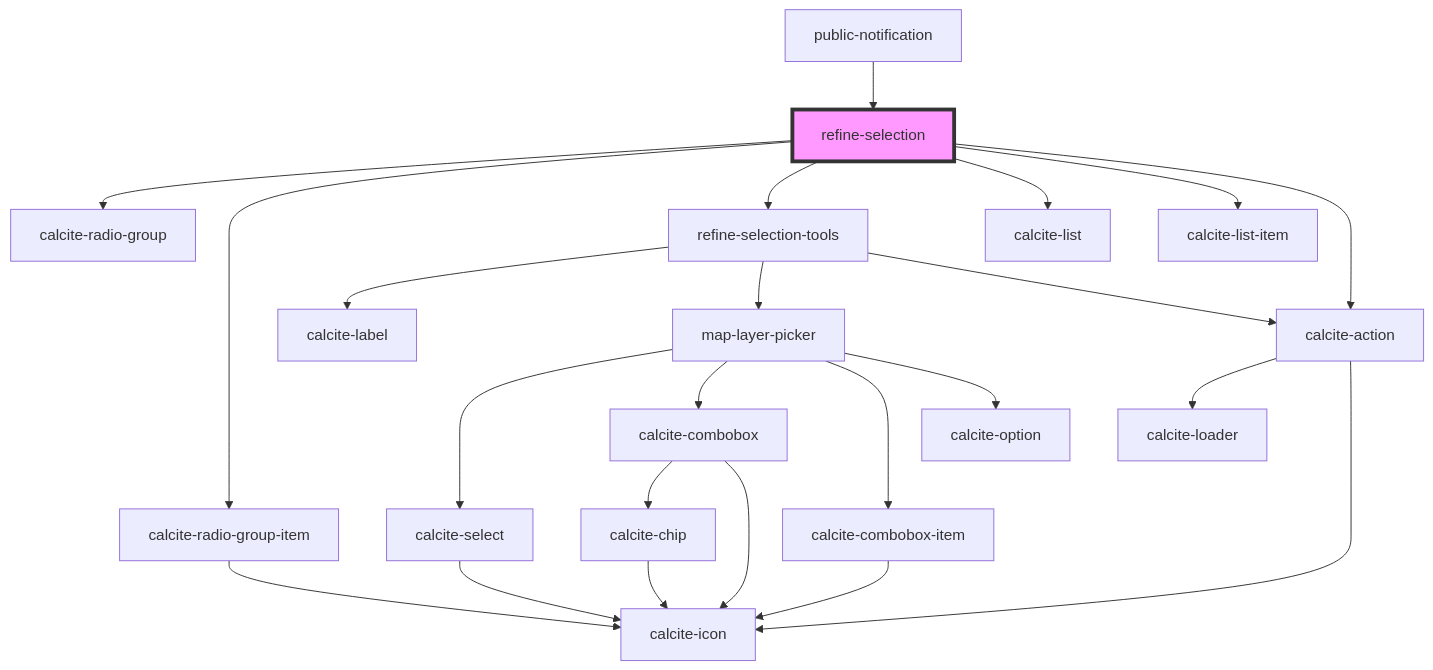
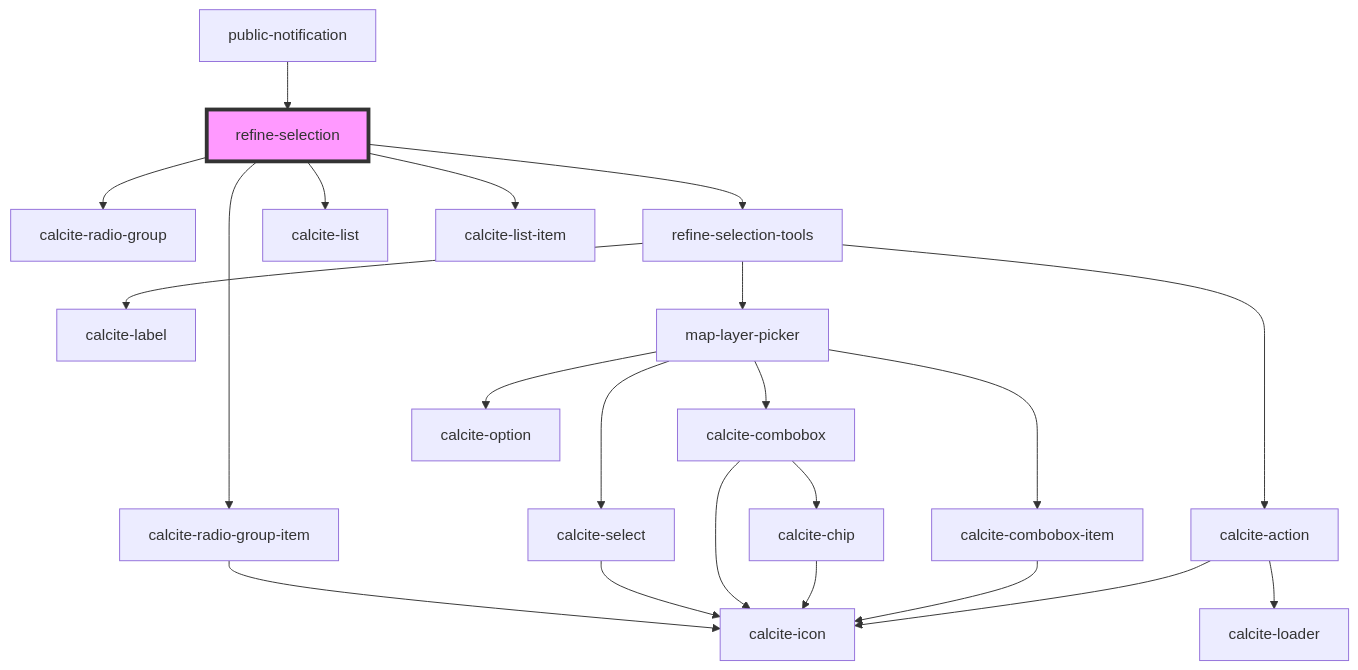
One commit to Esri/solutions-components changed the diagram in src/components/refine-selection/readme.md. Above: the diagram before and after it, drawn with Mermaid. The commit also changed other lines of this file and 4 other files, not shown here.

Commit message:
refine selection test

````diff
--- a/src/components/refine-selection/readme.md
+++ b/src/components/refine-selection/readme.md
@@ -40,26 +39,25 @@
 ```mermaid
 graph TD;
   refine-selection --> calcite-radio-group
   refine-selection --> calcite-radio-group-item
   refine-selection --> refine-selection-tools
   refine-selection --> calcite-list
   refine-selection --> calcite-list-item
-  refine-selection --> calcite-action
   calcite-radio-group-item --> calcite-icon
   refine-selection-tools --> calcite-label
   refine-selection-tools --> map-layer-picker
   refine-selection-tools --> calcite-action
   map-layer-picker --> calcite-select
   map-layer-picker --> calcite-combobox
   map-layer-picker --> calcite-combobox-item
   map-layer-picker --> calcite-option
   calcite-select --> calcite-icon
   calcite-combobox --> calcite-chip
   calcite-combobox --> calcite-icon
   calcite-chip --> calcite-icon
   calcite-combobox-item --> calcite-icon
   calcite-action --> calcite-loader
   calcite-action --> calcite-icon
   public-notification --> refine-selection
   style refine-selection fill:#f9f,stroke:#333,stroke-width:4px
 ```
````
